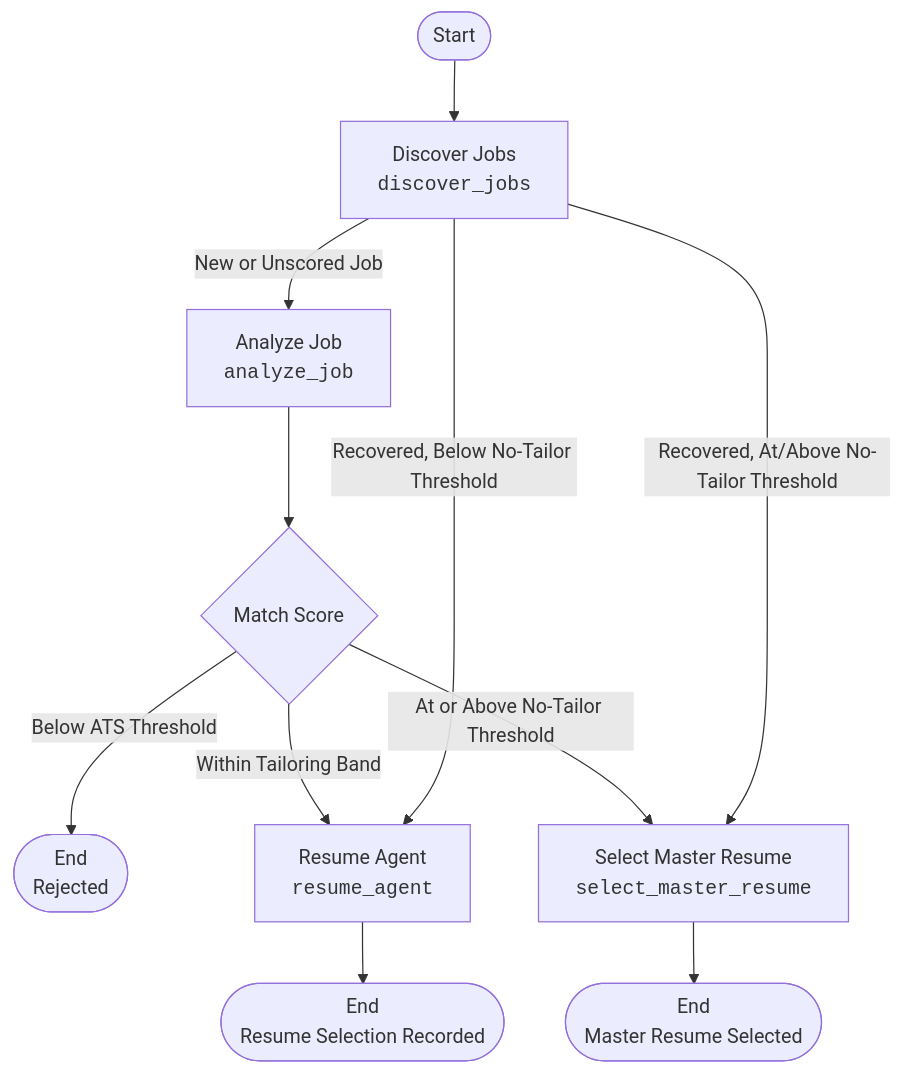
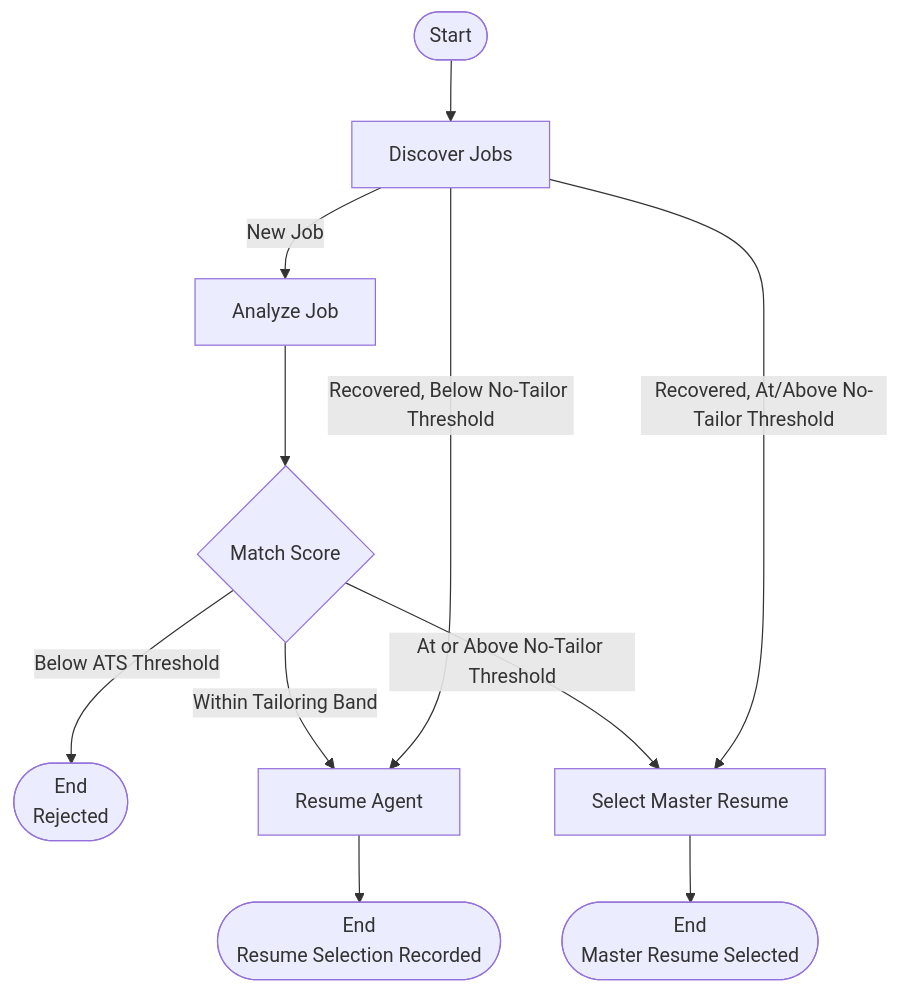
The second of 2 diagrams in README.md (savsuth/Jobify), drawn with Mermaid before and after one commit.

Commit message:
flowchart labels in README.md
Updated flowchart text in README.

````diff
--- a/README.md
+++ b/README.md
@@ -156,16 +156,16 @@
 ```mermaid
 flowchart TD
-    START(["Start"]) --> DJ["Discover Jobs<br/><code>discover_jobs</code>"]
+    START(["Start"]) --> DJ["Discover Jobs"]
 
-    DJ -->|New or Unscored Job| AJ["Analyze Job<br/><code>analyze_job</code>"]
+    DJ -->|New Job| AJ["Analyze Job"]
     AJ --> D1{"Match Score"}
     D1 -->|Below ATS Threshold| REJ(["End<br/>Rejected"])
-    D1 -->|Within Tailoring Band| RA["Resume Agent<br/><code>resume_agent</code>"]
-    D1 -->|At or Above No-Tailor Threshold| SM["Select Master Resume<br/><code>select_master_resume</code>"]
+    D1 -->|Within Tailoring Band| RA["Resume Agent"]
+    D1 -->|At or Above No-Tailor Threshold| SM["Select Master Resume"]
 
-    DJ -->|"Recovered, Below No-Tailor Threshold"| RA
-    DJ -->|"Recovered, At/Above No-Tailor Threshold"| SM
+    DJ -->|Recovered, Below No-Tailor Threshold| RA
+    DJ -->|Recovered, At/Above No-Tailor Threshold| SM
 
     RA --> DONE1(["End<br/>Resume Selection Recorded"])
     SM --> DONE2(["End<br/>Master Resume Selected"])
 ```
````
